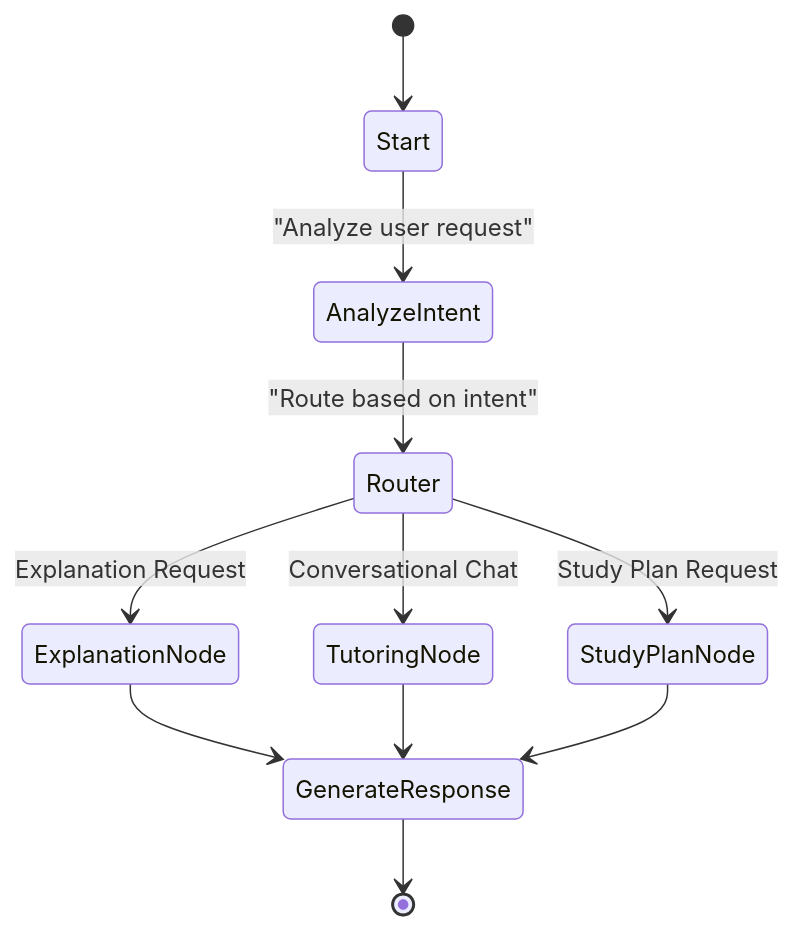
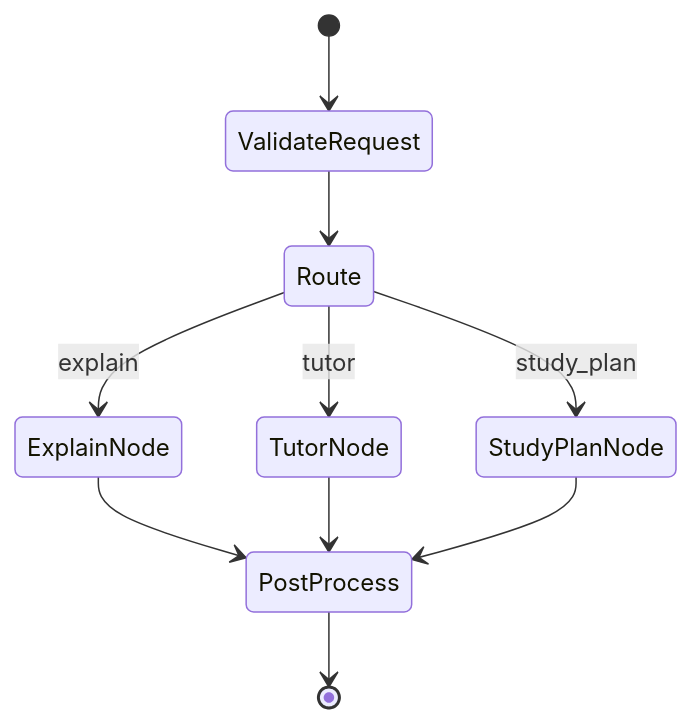
Before and after one commit to dagiteferi/TeleExam-AI: the third of 6 diagrams in docs/architecture.md, drawn with Mermaid. The commit also changed other lines of this file and 9 other files, not shown here.

````diff
--- a/docs/architecture.md
+++ b/docs/architecture.md
@@ -124,13 +764,12 @@
 ```mermaid
 stateDiagram-v2
-    [*] --> Start
-    Start --> AnalyzeIntent: "Analyze user request"
-    AnalyzeIntent --> Router: "Route based on intent"
-    Router --> ExplanationNode : Explanation Request
-    Router --> TutoringNode : Conversational Chat
-    Router --> StudyPlanNode : Study Plan Request
-    ExplanationNode --> GenerateResponse
-    TutoringNode --> GenerateResponse
-    StudyPlanNode --> GenerateResponse
-    GenerateResponse --> [*]
+  [*] --> ValidateRequest
+  ValidateRequest --> Route
+  Route --> ExplainNode: explain
+  Route --> TutorNode: tutor
+  Route --> StudyPlanNode: study_plan
+  ExplainNode --> PostProcess
+  TutorNode --> PostProcess
+  StudyPlanNode --> PostProcess
+  PostProcess --> [*]
 ```
````
